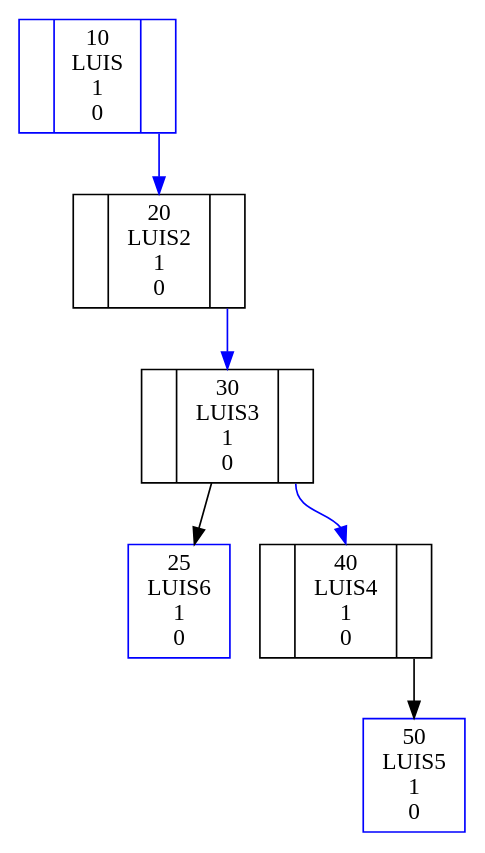
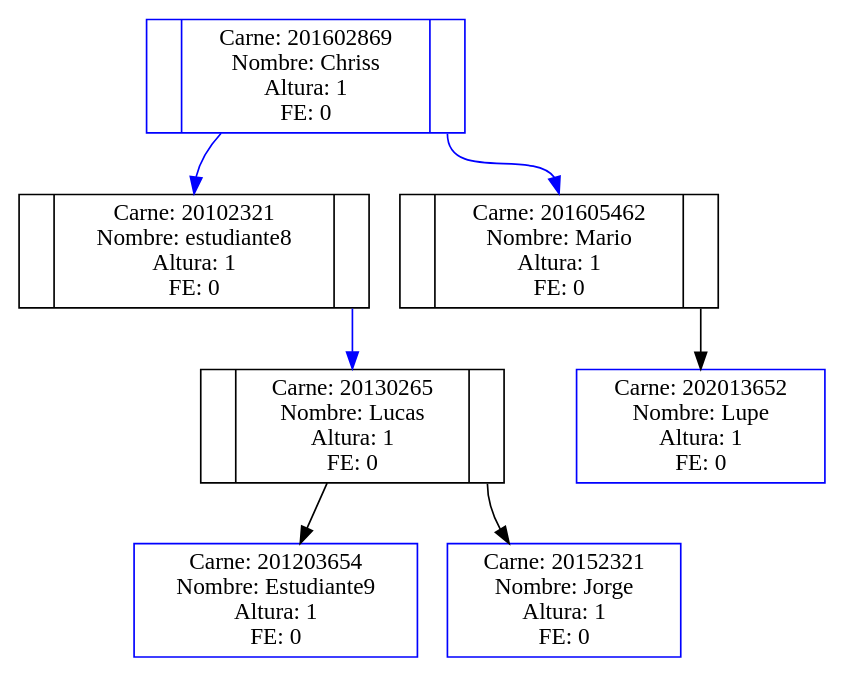
Before and after one commit to LuisRivera96/Practica2_EDD_USAC: the diagram in DOT-Images/AVL.dot, drawn with Graphviz. The commit also changed 12 other files, not shown here.

```diff
--- a/DOT-Images/AVL.dot
+++ b/DOT-Images/AVL.dot
@@ -1,14 +1,15 @@
 digraph AVL{
 compound=true;
 node[shape="Mrecord"];
-10:f10[id=10, color="blue"]; 
-10[label=" <N 10 I> | <f10> 10\nLUIS\n1\n0 | <f10D> " shape="record"];
-"10" : f10D ->  20:f20[id=20, color="blue"]; 
-20[label=" <N 20 I> | <f20> 20\nLUIS2\n1\n0 | <f20D> " shape="record"];
-"20" : f20D ->  30:f30[id=30, color="blue"]; 
-30[label=" <N 30 I> | <f30> 30\nLUIS3\n1\n0 | <f30D> " shape="record"];
-"30" : N30I ->  25:f 25[label="25\nLUIS6\n1\n0", color="blue" shape="rectangle"]; 
-"30" : f30D ->  40:f40[id=40, color="blue"]; 
-40[label=" <N 40 I> | <f40> 40\nLUIS4\n1\n0 | <f40D> " shape="record"];
-"40" : f40D ->  50:f 50[label="50\nLUIS5\n1\n0", color="blue" shape="rectangle"]; 
+201602869:f201602869[id=201602869, color="blue"]; 
+201602869[label=" <N 201602869 I> | <f201602869> Carne: 201602869\nNombre: Chriss\nAltura: 1\nFE: 0 | <f201602869D> " shape="record"];
+"201602869" : N201602869I ->  20102321:f20102321[id=20102321, color="blue"]; 
+20102321[label=" <N 20102321 I> | <f20102321> Carne: 20102321\nNombre: estudiante8\nAltura: 1\nFE: 0 | <f20102321D> " shape="record"];
+"20102321" : f20102321D ->  20130265:f20130265[id=20130265, color="blue"]; 
+20130265[label=" <N 20130265 I> | <f20130265> Carne: 20130265\nNombre: Lucas\nAltura: 1\nFE: 0 | <f20130265D> " shape="record"];
+"20130265" : N20130265I ->  201203654:f 201203654[label="Carne: 201203654\nNombre: Estudiante9\nAltura: 1\nFE: 0", color="blue" shape="rectangle"]; 
+"20130265" : f20130265D ->  20152321:f 20152321[label="Carne: 20152321\nNombre: Jorge\nAltura: 1\nFE: 0", color="blue" shape="rectangle"]; 
+"201602869" : f201602869D ->  201605462:f201605462[id=201605462, color="blue"]; 
+201605462[label=" <N 201605462 I> | <f201605462> Carne: 201605462\nNombre: Mario\nAltura: 1\nFE: 0 | <f201605462D> " shape="record"];
+"201605462" : f201605462D ->  202013652:f 202013652[label="Carne: 202013652\nNombre: Lupe\nAltura: 1\nFE: 0", color="blue" shape="rectangle"]; 
 }
```
